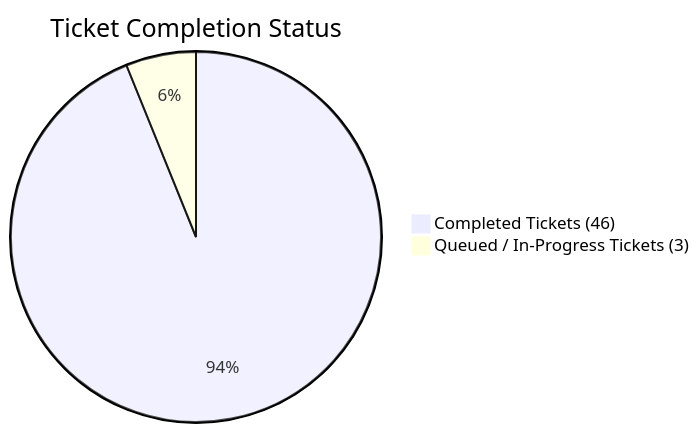
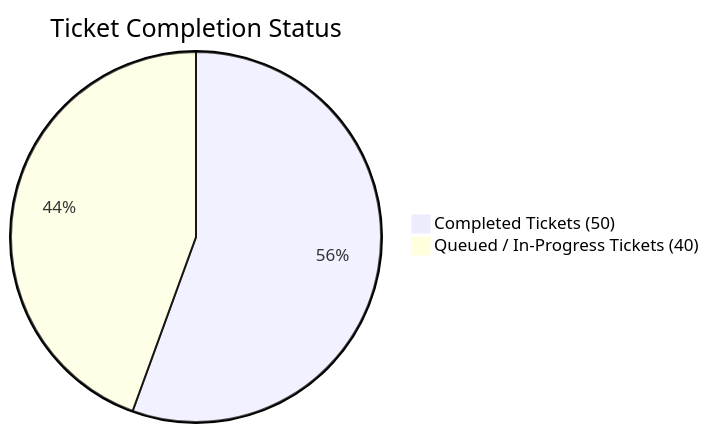
Before and after one commit to yasuomaidana/dendrite: the first of 4 diagrams in docs/roadmap/development-status-roadmap.md, drawn with Mermaid. The commit also changed other lines of this file and 20 other files, not shown here.

````diff
--- a/docs/roadmap/development-status-roadmap.md
+++ b/docs/roadmap/development-status-roadmap.md
@@ -33,5 +33,5 @@
 ```mermaid
 pie title Ticket Completion Status
-    "Completed Tickets (46)" : 46
-    "Queued / In-Progress Tickets (3)" : 3
+    "Completed Tickets (50)" : 50
+    "Queued / In-Progress Tickets (40)" : 40
 ```
````
